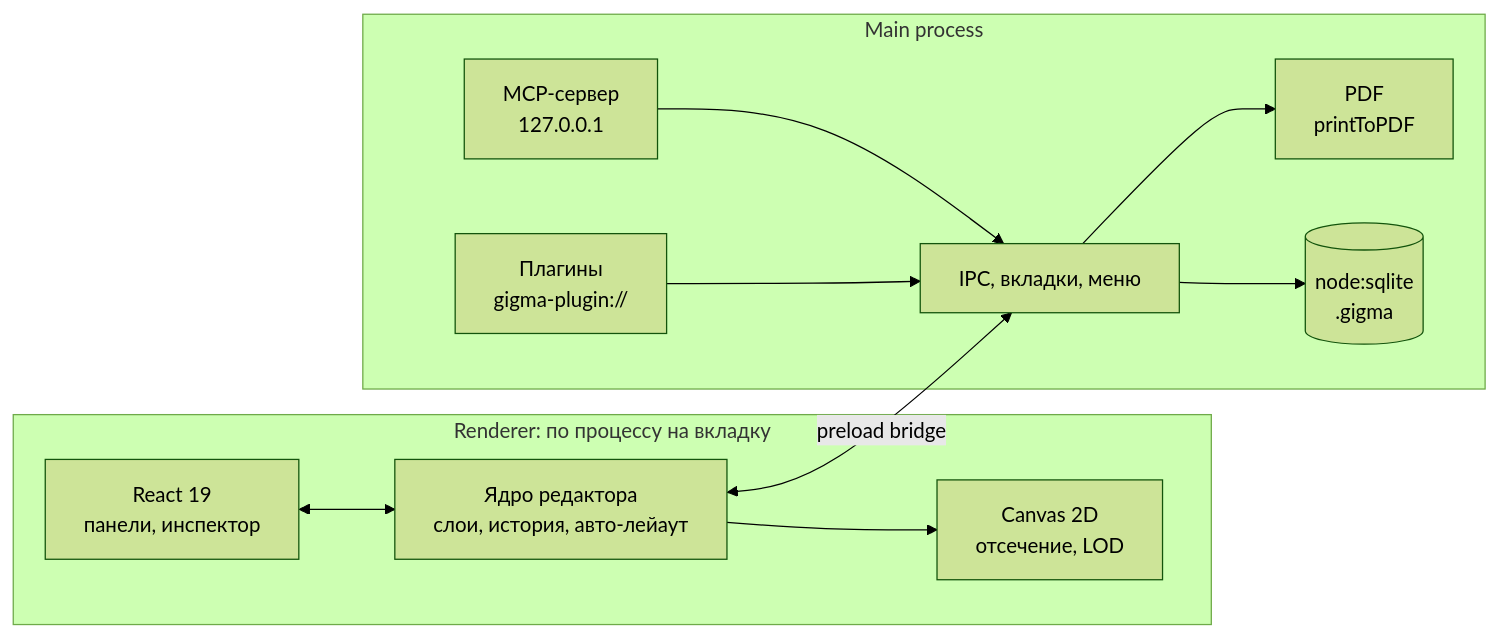
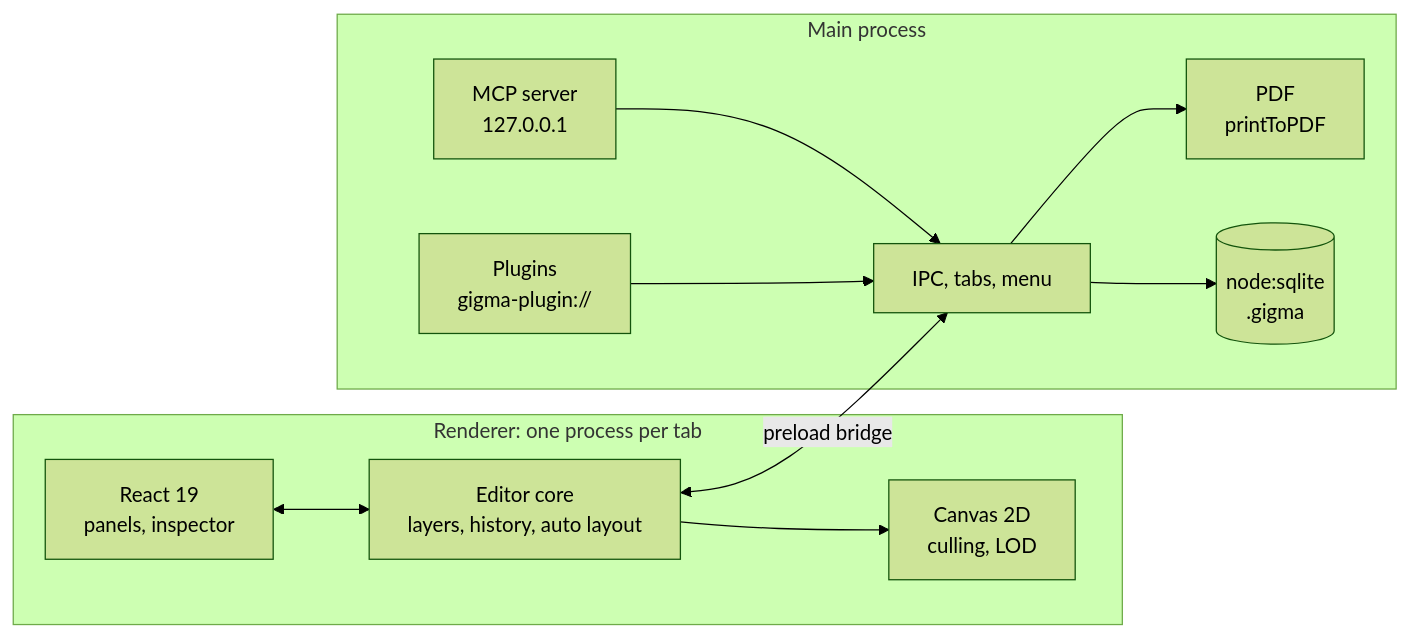
The fourth of 4 diagrams in README.md (A01L/gigma), drawn with Mermaid (forest theme) before and after one commit. The commit also changed other lines of this file, not shown here.

````diff
--- a/README.md
+++ b/README.md
@@ -302,21 +304,21 @@
 ```mermaid
 flowchart LR
-    subgraph R["Renderer: по процессу на вкладку"]
-        UI["React 19<br/>панели, инспектор"]
-        ED["Ядро редактора<br/>слои, история, авто-лейаут"]
-        CV["Canvas 2D<br/>отсечение, LOD"]
+    subgraph R["Renderer: one process per tab"]
+        UI["React 19<br/>panels, inspector"]
+        ED["Editor core<br/>layers, history, auto layout"]
+        CV["Canvas 2D<br/>culling, LOD"]
     end
     subgraph M["Main process"]
-        IPC["IPC, вкладки, меню"]
-        MCP["MCP-сервер<br/>127.0.0.1"]
-        PL["Плагины<br/>gigma-plugin://"]
+        IPC["IPC, tabs, menu"]
+        MCP["MCP server<br/>127.0.0.1"]
+        PL["Plugins<br/>gigma-plugin://"]
         PDF["PDF<br/>printToPDF"]
         DB[("node:sqlite<br/>.gigma")]
     end
     UI <--> ED --> CV
     ED <-->|preload bridge| IPC
     MCP --> IPC
     PL --> IPC
     IPC --> DB
     IPC --> PDF
 ```
````
